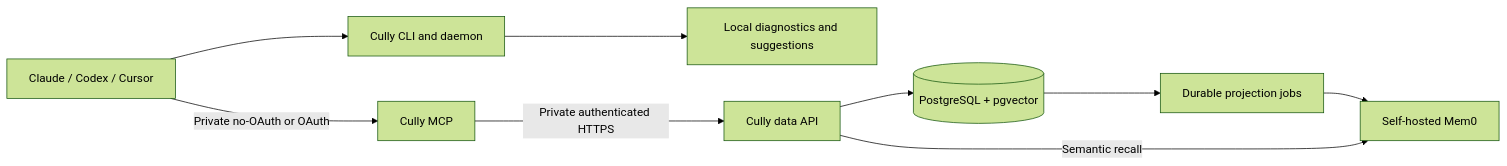
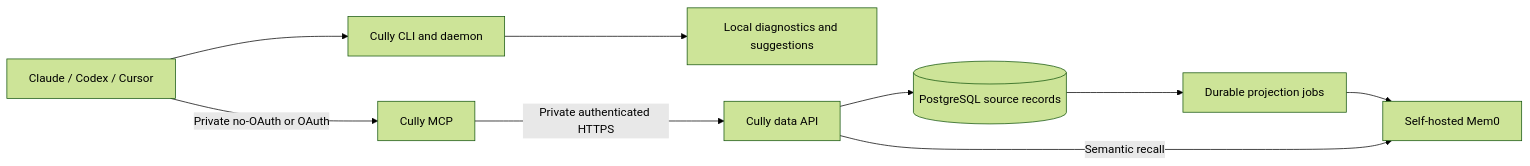
The diagram in docs/architecture.md (72sevenzy2/cully), drawn with Mermaid (forest theme) before and after one commit. The commit also changed other lines of this file and 29 other files, not shown here.

Commit message:
Use plain PostgreSQL for Cully source records and fix MCP E2E

````diff
--- a/docs/architecture.md
+++ b/docs/architecture.md
@@ -5,11 +5,11 @@
 ```mermaid
 flowchart LR
   A[Claude / Codex / Cursor] --> L[Cully CLI and daemon]
   L --> S[Local diagnostics and suggestions]
   A -->|Private no-OAuth or OAuth| M[Cully MCP]
   M -->|Private authenticated HTTPS| D[Cully data API]
-  D --> P[(PostgreSQL + pgvector)]
+  D --> P[(PostgreSQL source records)]
   P --> Q[Durable projection jobs]
   Q --> F[Self-hosted Mem0]
   D -->|Semantic recall| F
 ```
````
